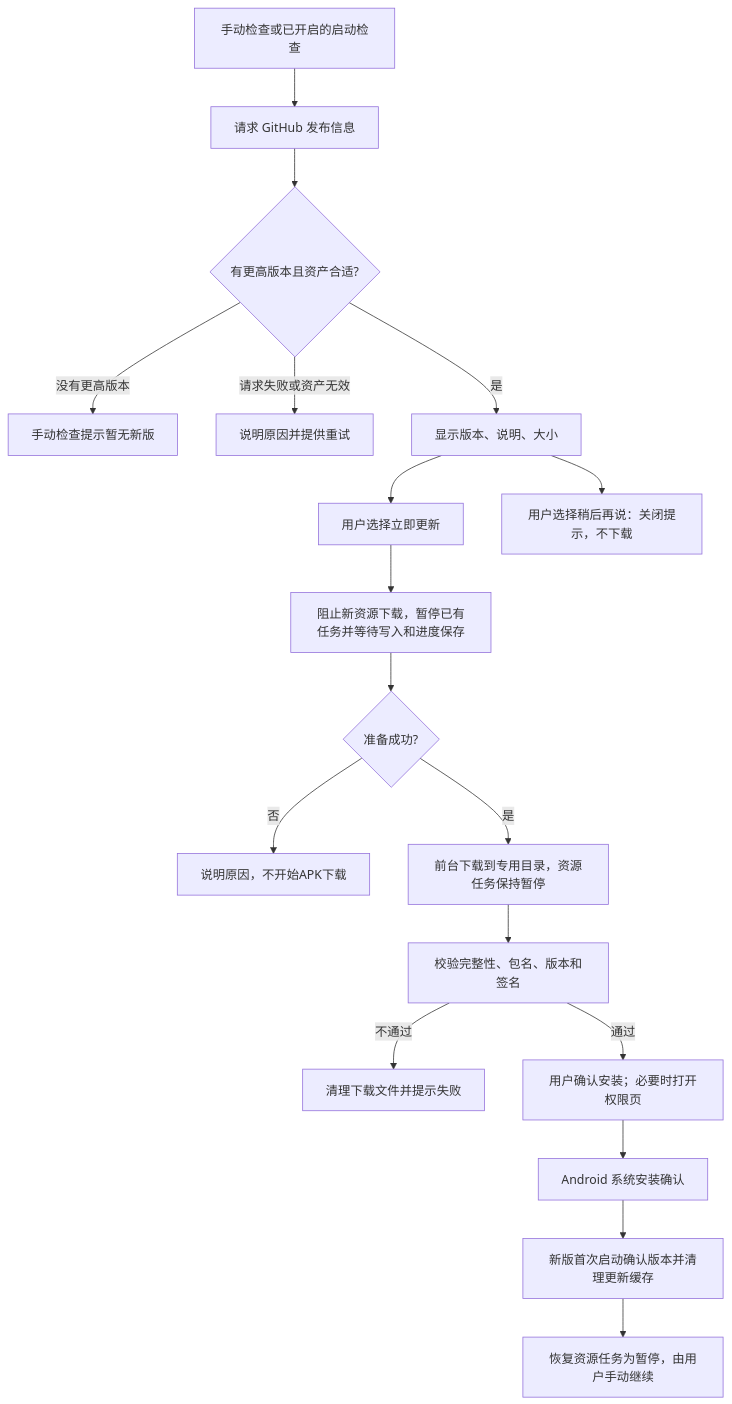
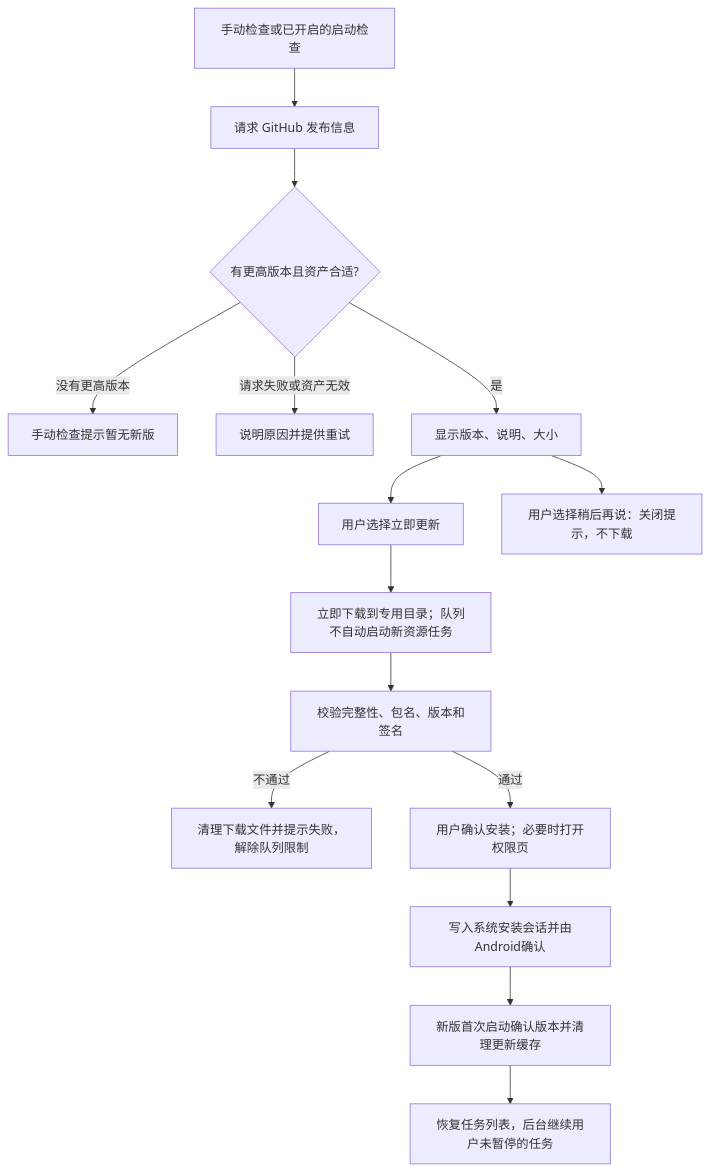
One commit to typhoonwhale/VeneraNext-Leaf changed the diagram in docs/LEAF_IN_APP_UPDATE_DESIGN.md. Above: the diagram before and after it, drawn with Mermaid. The commit also changed other lines of this file, not shown here.

````diff
--- a/docs/LEAF_IN_APP_UPDATE_DESIGN.md
+++ b/docs/LEAF_IN_APP_UPDATE_DESIGN.md
@@ -95,20 +103,17 @@
 ```mermaid
 flowchart TD
     A[手动检查或已开启的启动检查] --> B[请求 GitHub 发布信息]
     B --> C{有更高版本且资产合适?}
     C -->|没有更高版本| D[手动检查提示暂无新版]
     C -->|请求失败或资产无效| E[说明原因并提供重试]
     C -->|是| F[显示版本、说明、大小]
     F --> G[用户选择立即更新]
     F --> N[用户选择稍后再说：关闭提示，不下载]
-    G --> P[阻止新资源下载，暂停已有任务并等待写入和进度保存]
-    P --> Q{准备成功?}
-    Q -->|否| R[说明原因，不开始APK下载]
-    Q -->|是| H[前台下载到专用目录，资源任务保持暂停]
+    G --> H[立即下载到专用目录；队列不自动启动新资源任务]
     H --> I[校验完整性、包名、版本和签名]
-    I -->|不通过| J[清理下载文件并提示失败]
+    I -->|不通过| J[清理下载文件并提示失败，解除队列限制]
     I -->|通过| K[用户确认安装；必要时打开权限页]
-    K --> L[Android 系统安装确认]
+    K --> L[写入系统安装会话并由Android确认]
     L --> M[新版首次启动确认版本并清理更新缓存]
-    M --> S[恢复资源任务为暂停，由用户手动继续]
+    M --> S[恢复任务列表，后台继续用户未暂停的任务]
 ```
````
